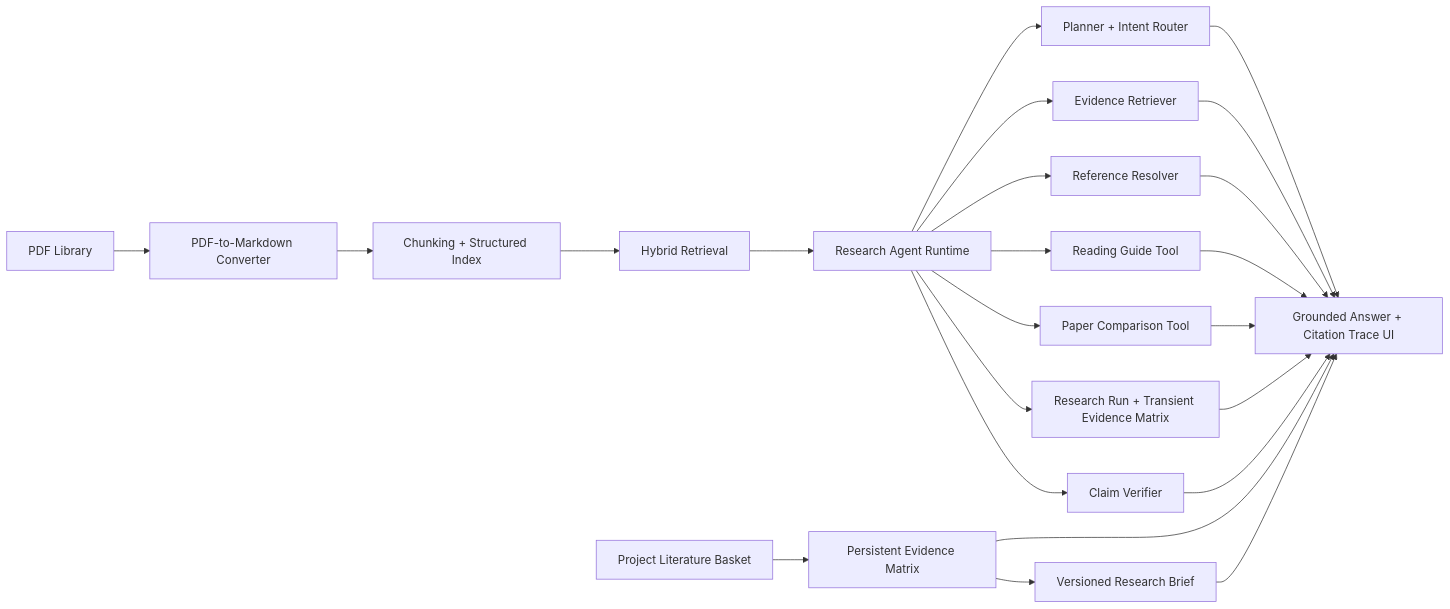
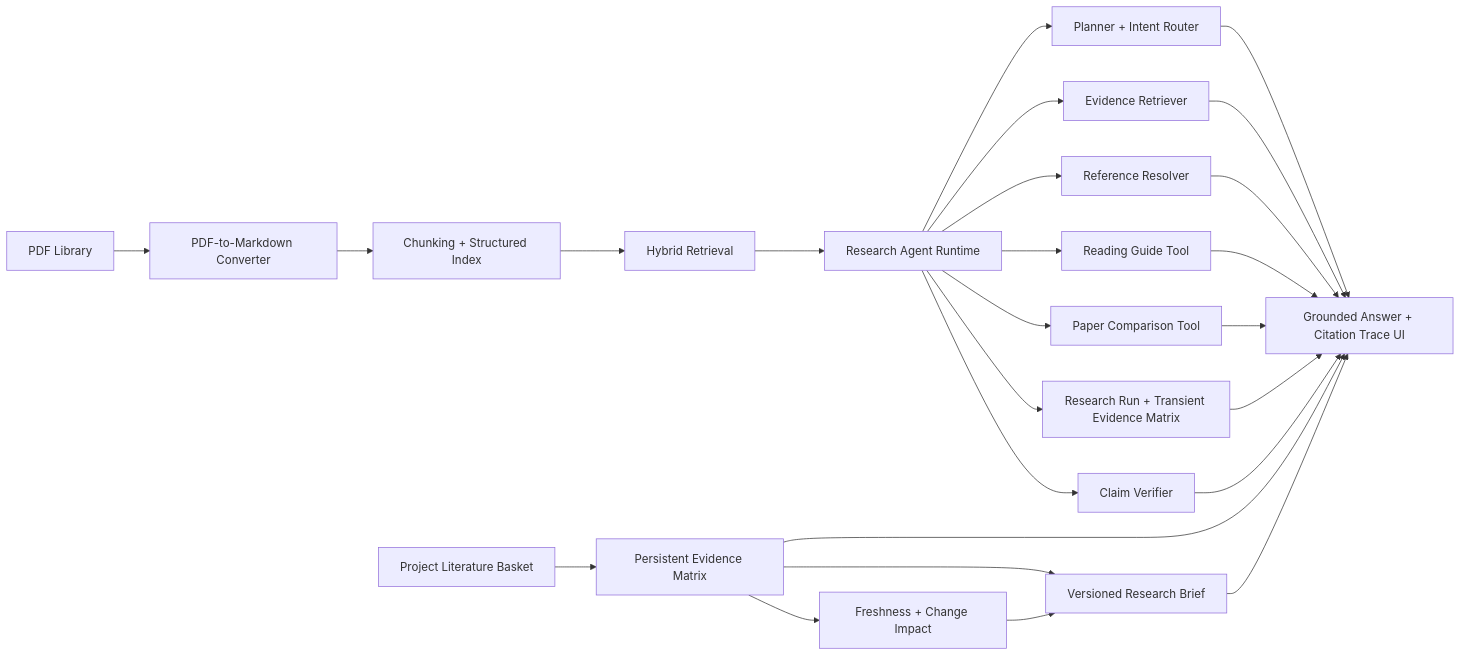
Before and after one commit to LittlePyx/Pi_zaya: the diagram in README.md, drawn with Mermaid. The commit also changed other lines of this file and 17 other files, not shown here.

````diff
--- a/README.md
+++ b/README.md
@@ -48,25 +48,27 @@
 ```mermaid
 flowchart LR
   A["PDF Library"] --> B["PDF-to-Markdown Converter"]
   B --> C["Chunking + Structured Index"]
   C --> D["Hybrid Retrieval"]
   D --> E["Research Agent Runtime"]
   E --> P["Planner + Intent Router"]
   E --> R["Evidence Retriever"]
   E --> X["Reference Resolver"]
   E --> G["Reading Guide Tool"]
   E --> M["Paper Comparison Tool"]
   E --> Q["Research Run + Transient Evidence Matrix"]
   E --> V["Claim Verifier"]
   L["Project Literature Basket"] --> EM["Persistent Evidence Matrix"]
   EM --> RB["Versioned Research Brief"]
+  EM --> F["Freshness + Change Impact"]
+  F --> RB
   P --> O["Grounded Answer + Citation Trace UI"]
   R --> O
   X --> O
   G --> O
   M --> O
   Q --> O
   V --> O
   EM --> O
   RB --> O
 ```
````
